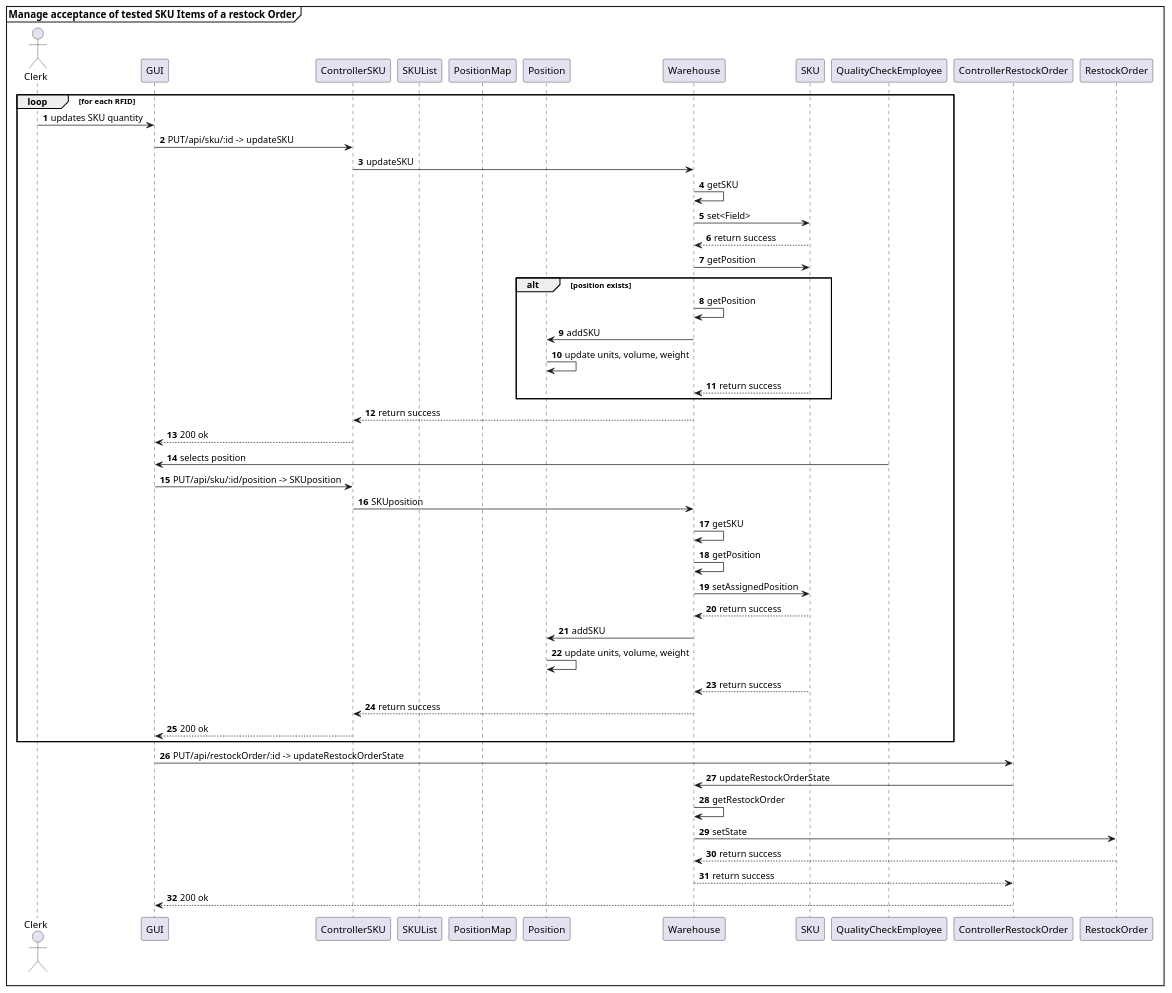
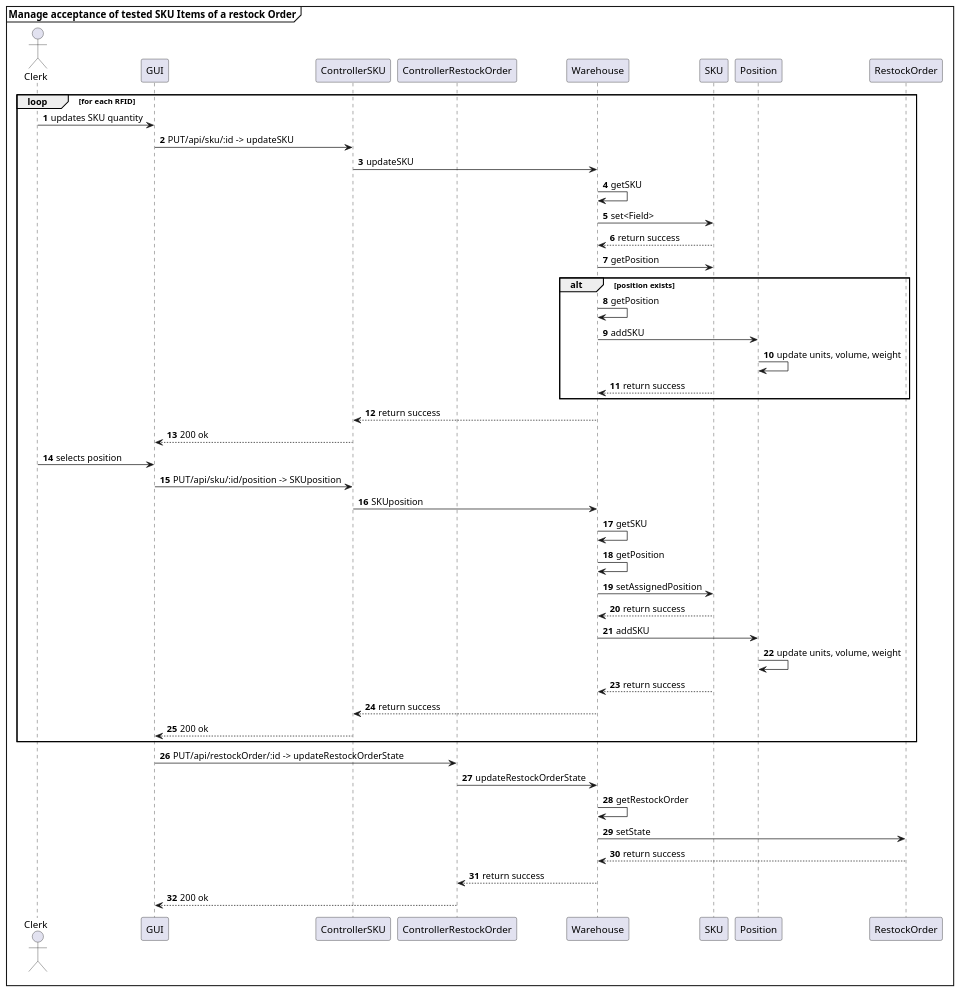
One commit to AlexZampa/EzWh changed diagram 19 of 32 in DesignDocument.md. Above: the diagram before and after it, drawn with PlantUML.

Commit message:
edit UC 5.3

````diff
--- a/DesignDocument.md
+++ b/DesignDocument.md
@@ -926,50 +926,53 @@
 ```plantuml
 @startuml
 mainframe **Manage acceptance of tested SKU Items of a restock Order**
 actor Clerk
 participant GUI
 participant ControllerSKU
-participant SKUList
-participant PositionMap
+participant ControllerRestockOrder
+participant Warehouse
+participant SKU
 participant Position
+participant RestockOrder
+
 
 autonumber
 loop for each RFID
   Clerk -> GUI : updates SKU quantity
   GUI -> ControllerSKU : PUT/api/sku/:id -> updateSKU
   ControllerSKU -> Warehouse : updateSKU
   Warehouse -> Warehouse : getSKU
   Warehouse -> SKU : set<Field>
   Warehouse <-- SKU : return success
   Warehouse -> SKU : getPosition
   alt position exists
     Warehouse -> Warehouse : getPosition
     Warehouse -> Position : addSKU
     Position -> Position : update units, volume, weight
     Warehouse <-- SKU : return success
   end alt
   ControllerSKU <-- Warehouse : return success
   GUI <-- ControllerSKU : 200 ok
-  QualityCheckEmployee -> GUI : selects position
+  Clerk -> GUI : selects position
   GUI -> ControllerSKU : PUT/api/sku/:id/position -> SKUposition
   ControllerSKU -> Warehouse : SKUposition
   Warehouse -> Warehouse : getSKU
   Warehouse -> Warehouse : getPosition
   Warehouse -> SKU : setAssignedPosition
   Warehouse <-- SKU : return success
   Warehouse -> Position : addSKU
   Position -> Position : update units, volume, weight
   Warehouse <-- SKU : return success
   ControllerSKU <-- Warehouse : return success
   GUI <-- ControllerSKU : 200 ok
 end loop
 GUI -> ControllerRestockOrder : PUT/api/restockOrder/:id -> updateRestockOrderState
 ControllerRestockOrder -> Warehouse : updateRestockOrderState
 Warehouse -> Warehouse : getRestockOrder
 Warehouse -> RestockOrder : setState
 Warehouse <-- RestockOrder : return success
 ControllerRestockOrder <-- Warehouse : return success
 GUI <-- ControllerRestockOrder : 200 ok
 
 @enduml
 ```
````
